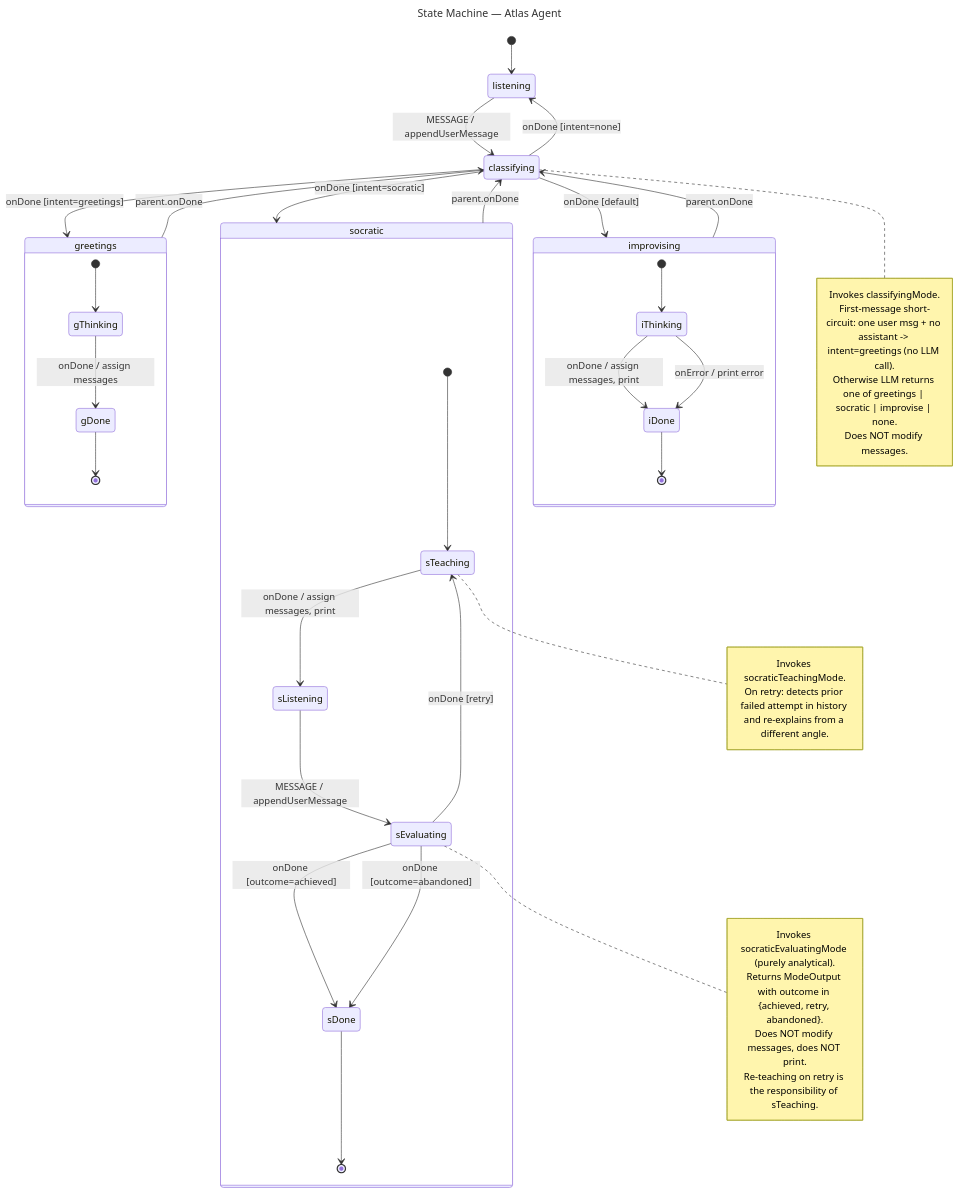
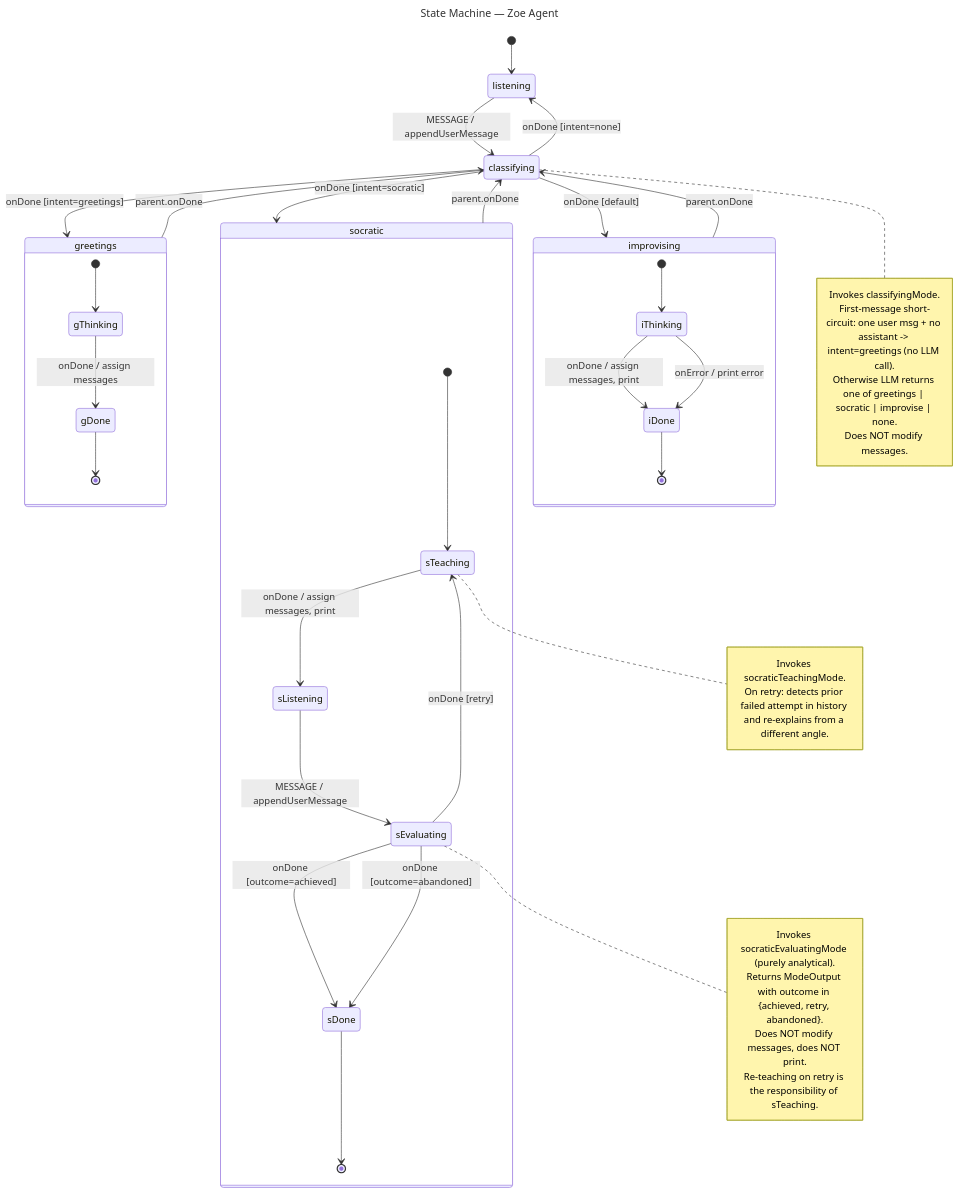
The diagram in docs/architecture/behavioral/state-machines/agent.mmd (EduardoRenani/ai-agent-xstate), drawn with Mermaid before and after one commit. The commit also changed 6 other files, not shown here.

First line of the commit message:
docs: refresh architecture for atlas migration + reframe README

```diff
--- a/docs/architecture/behavioral/state-machines/agent.mmd
+++ b/docs/architecture/behavioral/state-machines/agent.mmd
@@ -1,64 +1,64 @@
 ---
-title: State Machine — Atlas Agent
+title: State Machine — Zoe Agent
 ---
 %% Spec: behavioral-doc.md
 %% Modo: incremental
-%% Atualizado: 2026-05-15
-%% Fonte: src/machine.ts, src/states/*.mode.ts
+%% Atualizado: 2026-05-21
+%% Fonte: examples/zoe/src/machine.ts, examples/zoe/src/states/*.ts (built with packages/atlas/)
 %% Componente C4: machine (c2-container.mmd)
 %% Container C4: system (c2-container.mmd)
 %% Externos que disparam transicoes: OpenRouter API (via invoke nos modos *Mode)
 stateDiagram-v2
     [*] --> listening
 
     listening --> classifying: MESSAGE / appendUserMessage
 
     classifying --> greetings: onDone [intent=greetings]
     classifying --> socratic: onDone [intent=socratic]
     classifying --> listening: onDone [intent=none]
     classifying --> improvising: onDone [default]
 
     state greetings {
         [*] --> gThinking
         gThinking --> gDone: onDone / assign messages
         gDone --> [*]
     }
     greetings --> classifying: parent.onDone
 
     state socratic {
         [*] --> sTeaching
         sTeaching --> sListening: onDone / assign messages, print
         sListening --> sEvaluating: MESSAGE / appendUserMessage
         sEvaluating --> sDone: onDone [outcome=achieved]
         sEvaluating --> sDone: onDone [outcome=abandoned]
         sEvaluating --> sTeaching: onDone [retry]
         sDone --> [*]
     }
     socratic --> classifying: parent.onDone
 
     state improvising {
         [*] --> iThinking
         iThinking --> iDone: onDone / assign messages, print
         iThinking --> iDone: onError / print error
         iDone --> [*]
     }
     improvising --> classifying: parent.onDone
 
     note right of classifying
         Invokes classifyingMode.
         First-message short-circuit: one user msg + no assistant -> intent=greetings (no LLM call).
         Otherwise LLM returns one of greetings | socratic | improvise | none.
         Does NOT modify messages.
     end note
 
     note right of sEvaluating
         Invokes socraticEvaluatingMode (purely analytical).
         Returns ModeOutput<undefined> with outcome in {achieved, retry, abandoned}.
         Does NOT modify messages, does NOT print.
         Re-teaching on retry is the responsibility of sTeaching.
     end note
 
     note right of sTeaching
         Invokes socraticTeachingMode.
         On retry: detects prior failed attempt in history and re-explains from a different angle.
     end note
```
